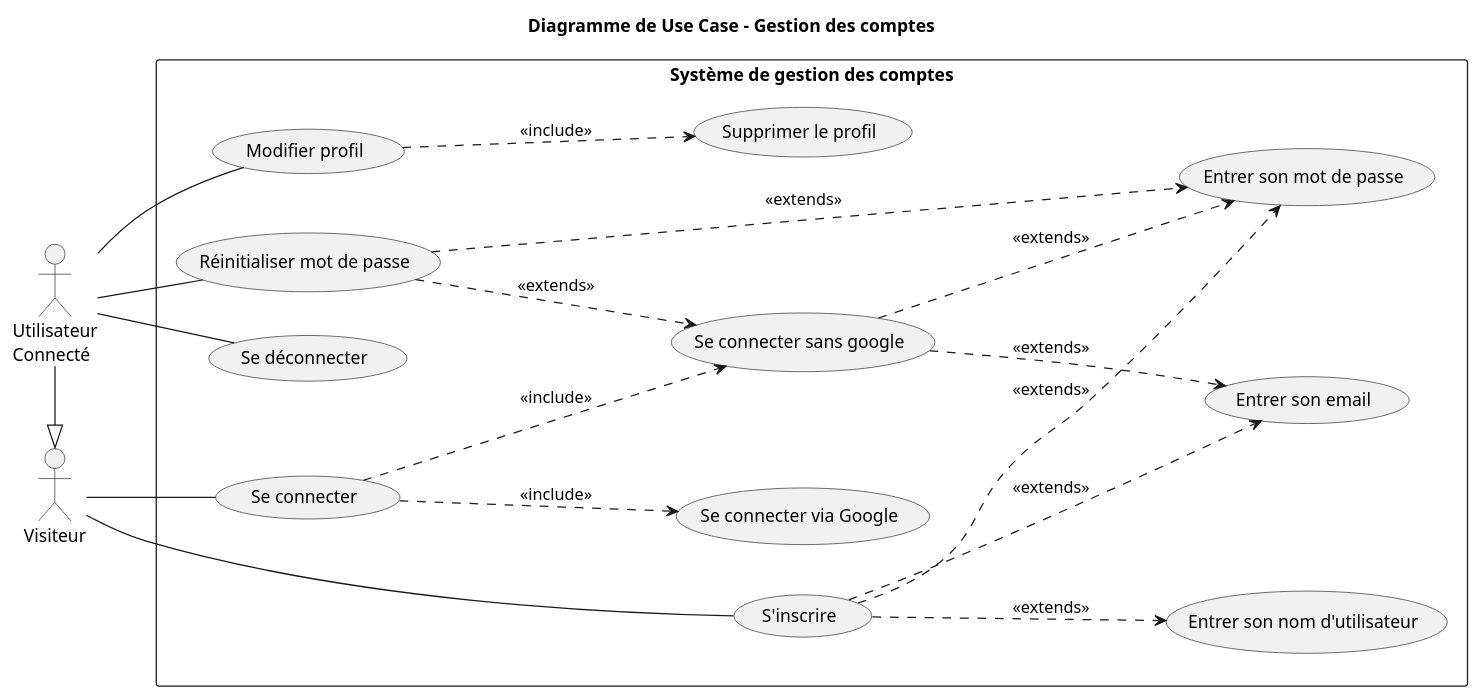
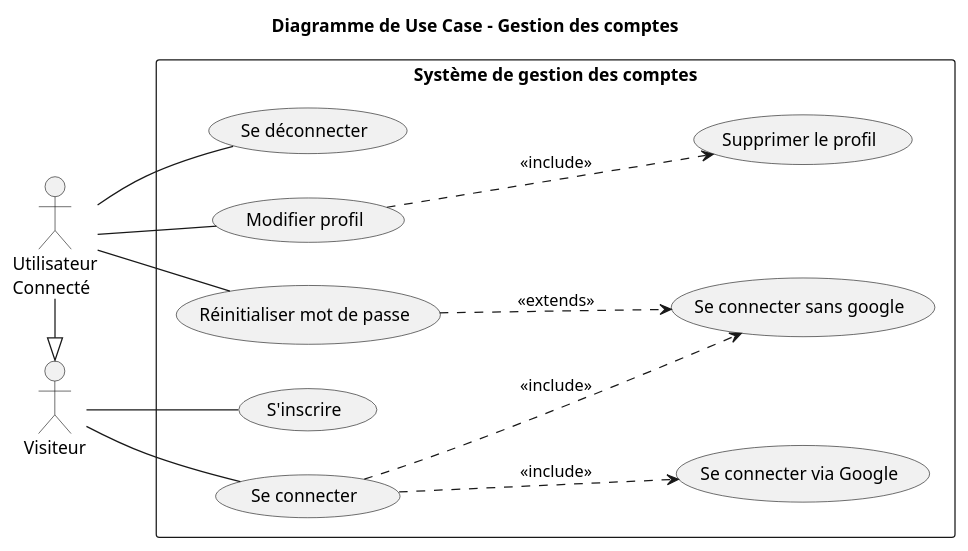
One commit to nemnem202/soutenance changed the diagram in conception/usecase_diagrams/account.wsd. Above: the diagram before and after it, drawn with PlantUML. The commit also changed 10 other files, not shown here.

```diff
--- a/conception/usecase_diagrams/account.wsd
+++ b/conception/usecase_diagrams/account.wsd
@@ -1,54 +1,42 @@
 @startuml Account
 
 title Diagramme de Use Case - Gestion des comptes
 left to right direction
 
 skinparam PackageStyle rect
 
 actor "Visiteur" as visiteur
 actor "Utilisateur\nConnecté" as user
 
 rectangle "Système de gestion des comptes" {
         usecase "Se connecter" as UC000
         usecase "S'inscrire" as UC001
         usecase "Se connecter via Google" as UC002
         usecase "Se connecter sans google" as UC003
-        usecase "Demander vérification compositeur" as UC007
         usecase "Réinitialiser mot de passe" as UC004
         
         usecase "Se déconnecter" as UC005
         usecase "Modifier profil" as UC006
         usecase "Supprimer le profil" as UC010
-        usecase "Entrer son email" as UC007
-        usecase "Entrer son mot de passe" as UC008
-        usecase "Entrer son nom d'utilisateur" as UC009
 
         
 }
 
 
 
 visiteur -- UC001 
 visiteur -- UC000
 
 UC000 .--> UC003 : <<include>>
 UC000 .--> UC002 : <<include>>
 UC004 .--> UC003 : <<extends>>
 
 UC006 .--> UC010 : <<include>>
 
-UC001 .--> UC007 : <<extends>>
-UC001 .--> UC008 : <<extends>>
-UC001 .--> UC009: <<extends>>
-UC004 .--> UC008 : <<extends>>
-
-UC003 .--> UC007 : <<extends>>
-UC003 .--> UC008 : <<extends>>
-
 user -- UC004
 user -- UC005
 user -- UC006
 
 user -|> visiteur
 
 @enduml
```
